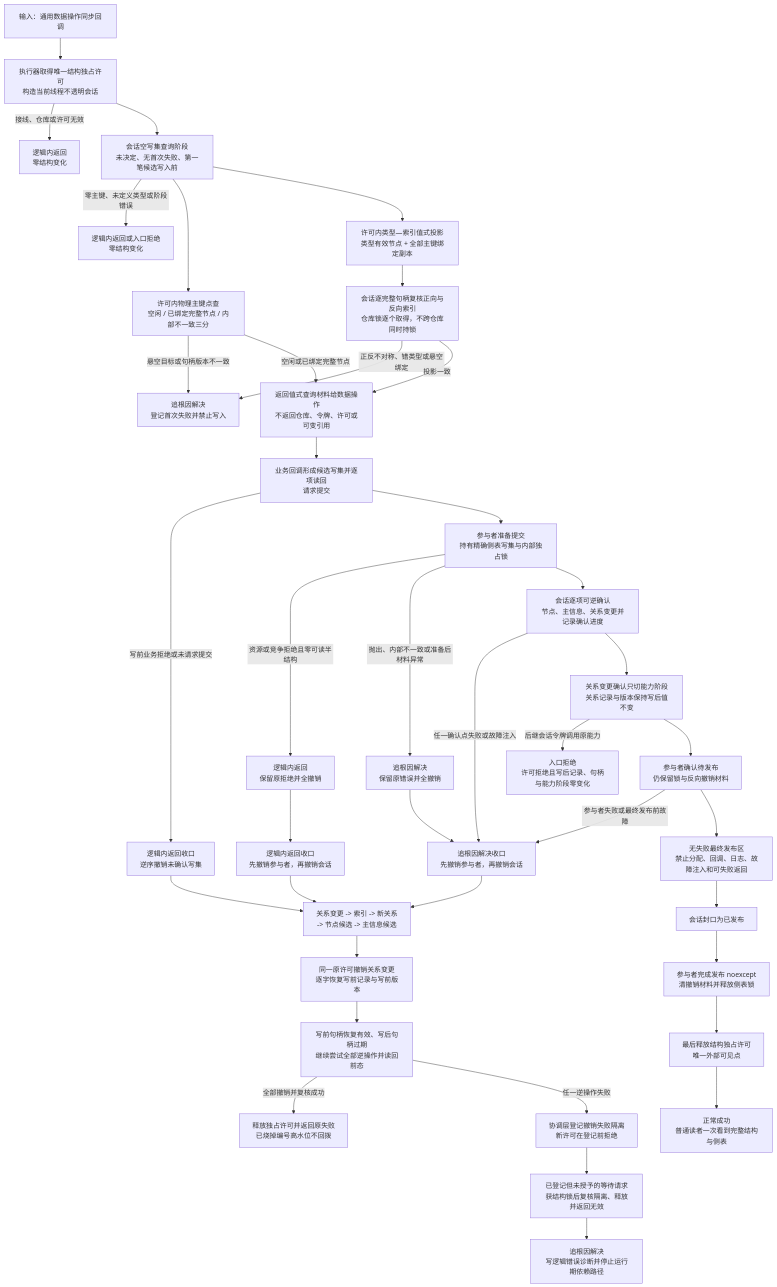
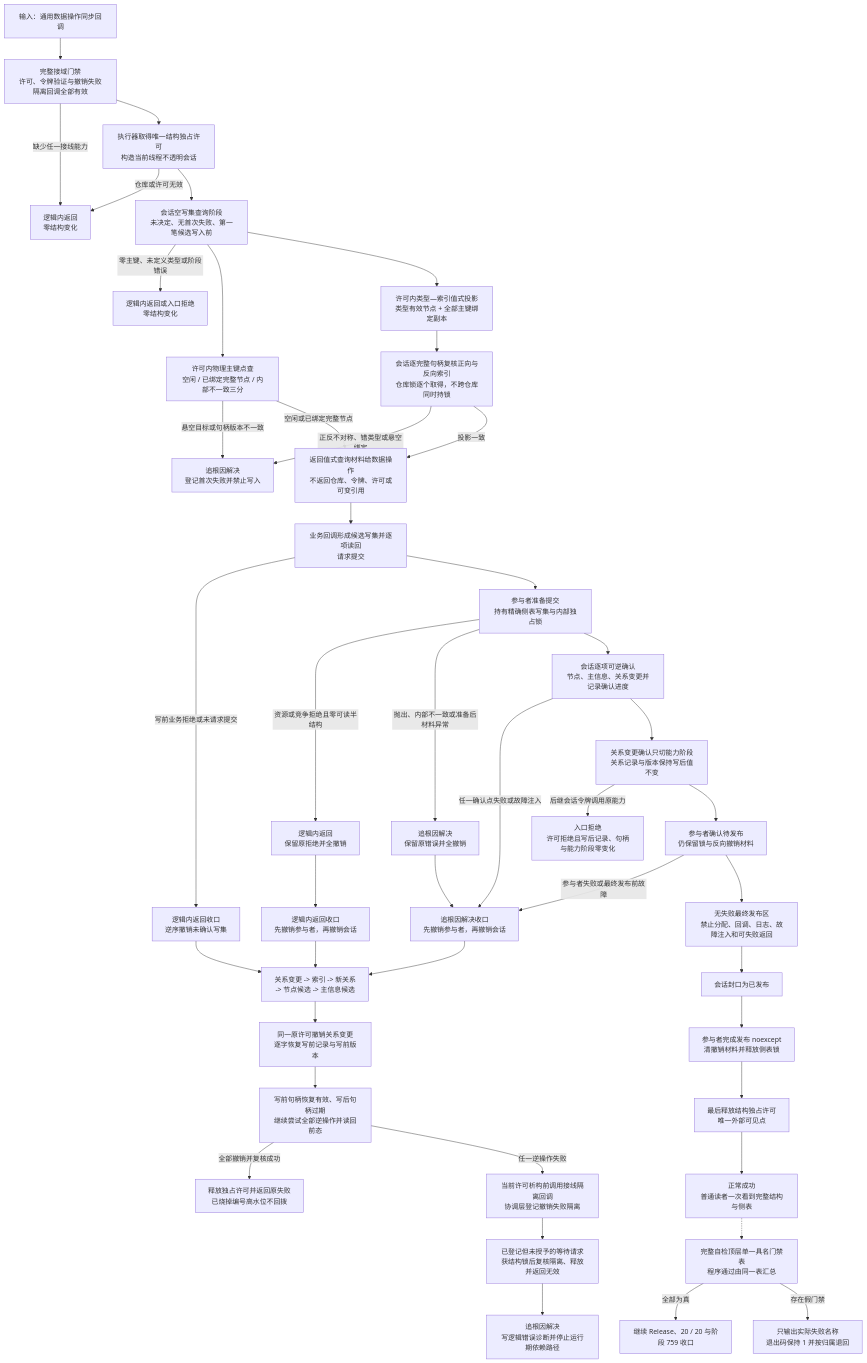
One commit to chunhaizh-cyber/HY-Ego changed the diagram in 流程图/20260717_不透明结构写入会话许可内探测计量与全参与者原子收口代码逻辑流程图_v0.1.md. Above: the diagram before and after it, drawn with Mermaid. The commit also changed other lines of this file and 15 other files, not shown here.

````diff
--- a/流程图/20260717_不透明结构写入会话许可内探测计量与全参与者原子收口代码逻辑流程图_v0.1.md
+++ b/流程图/20260717_不透明结构写入会话许可内探测计量与全参与者原子收口代码逻辑流程图_v0.1.md
@@ -31,41 +31,46 @@
 ```mermaid
 flowchart TD
-    A["输入：通用数据操作同步回调"] --> B["执行器取得唯一结构独占许可<br/>构造当前线程不透明会话"]
-    B -->|"接线、仓库或许可无效"| L1["逻辑内返回<br/>零结构变化"]
+    A["输入：通用数据操作同步回调"] --> B0["完整接域门禁<br/>许可、令牌验证与撤销失败隔离回调全部有效"]
+    B0 -->|"缺少任一接线能力"| L1["逻辑内返回<br/>零结构变化"]
+    B0 --> B["执行器取得唯一结构独占许可<br/>构造当前线程不透明会话"]
+    B -->|"仓库或许可无效"| L1
     B --> C["会话空写集查询阶段<br/>未决定、无首次失败、第一笔候选写入前"]
     C -->|"零主键、未定义类型或阶段错误"| L2["逻辑内返回或入口拒绝<br/>零结构变化"]
     C --> D["许可内物理主键点查<br/>空闲 / 已绑定完整节点 / 内部不一致三分"]
     D -->|"悬空目标或句柄版本不一致"| R1["追根因解决<br/>登记首次失败并禁止写入"]
     D -->|"空闲或已绑定完整节点"| G
     C --> E["许可内类型—索引值式投影<br/>类型有效节点 + 全部主键绑定副本"]
     E --> F["会话逐完整句柄复核正向与反向索引<br/>仓库锁逐个取得，不跨仓库同时持锁"]
     F -->|"正反不对称、错类型或悬空绑定"| R1
     F -->|"投影一致"| G["返回值式查询材料给数据操作<br/>不返回仓库、令牌、许可或可变引用"]
     G --> H["业务回调形成候选写集并逐项读回<br/>请求提交"]
     H -->|"写前业务拒绝或未请求提交"| X1["逻辑内返回收口<br/>逆序撤销未确认写集"]
     H --> I["参与者准备提交<br/>持有精确侧表写集与内部独占锁"]
     I -->|"资源或竞争拒绝且零可读半结构"| I1["逻辑内返回<br/>保留原拒绝并全撤销"]
     I -->|"抛出、内部不一致或准备后材料异常"| I2["追根因解决<br/>保留原错误并全撤销"]
     I1 --> X2L["逻辑内返回收口<br/>先撤销参与者，再撤销会话"]
     I2 --> X2R["追根因解决收口<br/>先撤销参与者，再撤销会话"]
     I --> J["会话逐项可逆确认<br/>节点、主信息、关系变更并记录确认进度"]
     J -->|"任一确认点失败或故障注入"| X2R
     J --> J1["关系变更确认只切能力阶段<br/>关系记录与版本保持写后值不变"]
     J1 -->|"后继会话令牌调用原能力"| L4["入口拒绝<br/>许可拒绝且写后记录、句柄与能力阶段零变化"]
     J1 --> K["参与者确认待发布<br/>仍保留锁与反向撤销材料"]
     K -->|"参与者失败或最终发布前故障"| X2R
     K --> P["无失败最终发布区<br/>禁止分配、回调、日志、故障注入和可失败返回"]
     P --> P1["会话封口为已发布"]
     P1 --> P2["参与者完成发布 noexcept<br/>清撤销材料并释放侧表锁"]
     P2 --> U["最后释放结构独占许可<br/>唯一外部可见点"]
     U --> S["正常成功<br/>普通读者一次看到完整结构与侧表"]
+    S -.-> V["完整自检顶层单一具名门禁表<br/>程序通过由同一表汇总"]
+    V -->|"全部为真"| V1["继续 Release、20 / 20 与阶段 759 收口"]
+    V -->|"存在假门禁"| V2["只输出实际失败名称<br/>退出码保持 1 并按归属退回"]
     X1 --> X3["关系变更 -> 索引 -> 新关系<br/>-> 节点候选 -> 主信息候选"]
     X2L --> X3
     X2R --> X3
     X3 --> X3R["同一原许可撤销关系变更<br/>逐字恢复写前记录与写前版本"]
     X3R --> X4["写前句柄恢复有效、写后句柄过期<br/>继续尝试全部逆操作并读回前态"]
     X4 -->|"全部撤销并复核成功"| L3["释放独占许可并返回原失败<br/>已烧掉编号高水位不回拨"]
-    X4 -->|"任一逆操作失败"| Q["协调层登记撤销失败隔离<br/>新许可在登记前拒绝"]
+    X4 -->|"任一逆操作失败"| Q["当前许可析构前调用接线隔离回调<br/>协调层登记撤销失败隔离"]
     Q --> Q1["已登记但未授予的等待请求<br/>获结构锁后复核隔离、释放并返回无效"]
     Q1 --> R2["追根因解决<br/>写逻辑错误诊断并停止运行期依赖路径"]
 ```
````
